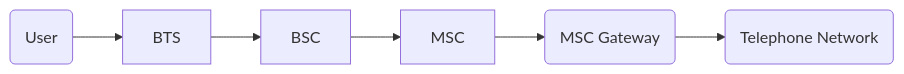
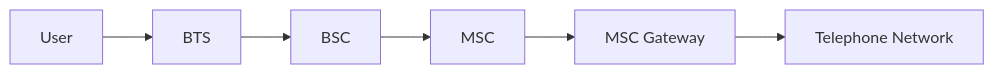
The first of 2 diagrams in Intelligent Internet of Things/Chapters/Chpt01-EvolutionOfMobileNetwork.md (YBRua/CourseNotes), drawn with Mermaid before and after one commit. The commit also changed other lines of this file and 6 other files, not shown here.

````diff
--- a/Intelligent Internet of Things/Chapters/Chpt01-EvolutionOfMobileNetwork.md
+++ b/Intelligent Internet of Things/Chapters/Chpt01-EvolutionOfMobileNetwork.md
@@ -88,9 +88,9 @@
 ```mermaid
 graph LR;
 
-User(User) --> BTS
+User --> BTS
 BTS --> BSC
 BSC --> MSC
-MSC --> Gateway(MSC Gateway)
-Gateway --> Tel(Telephone Network)
+MSC --> Gateway[MSC Gateway]
+Gateway --> Tel[Telephone Network]
 ```
````
